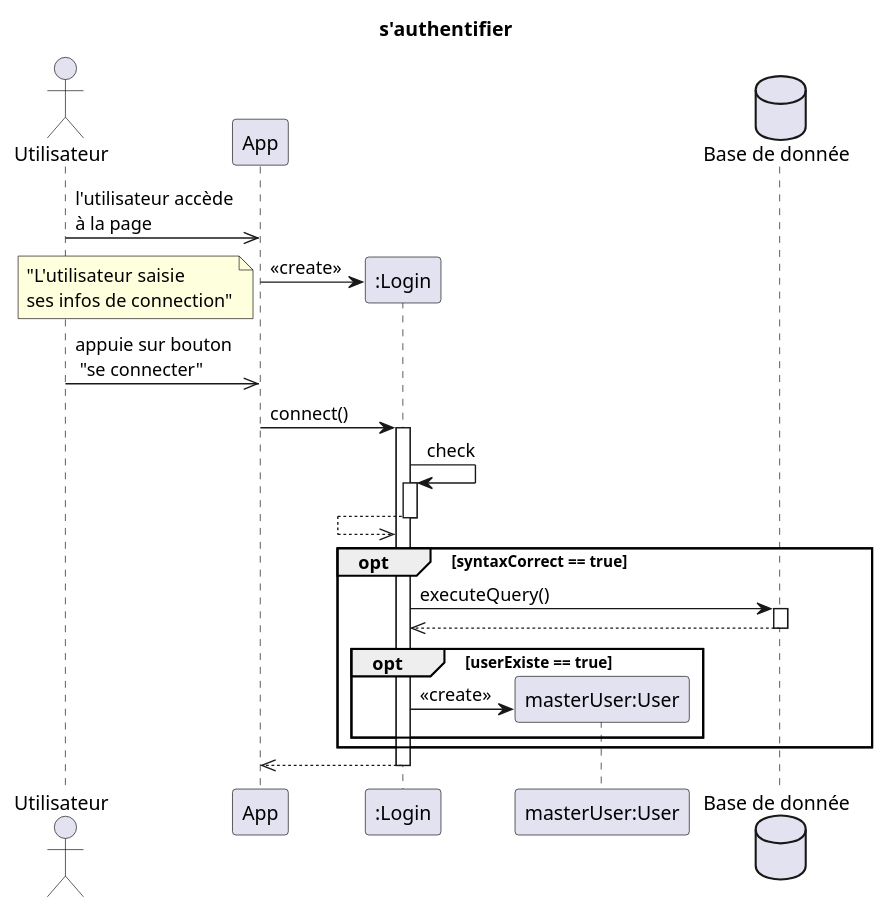
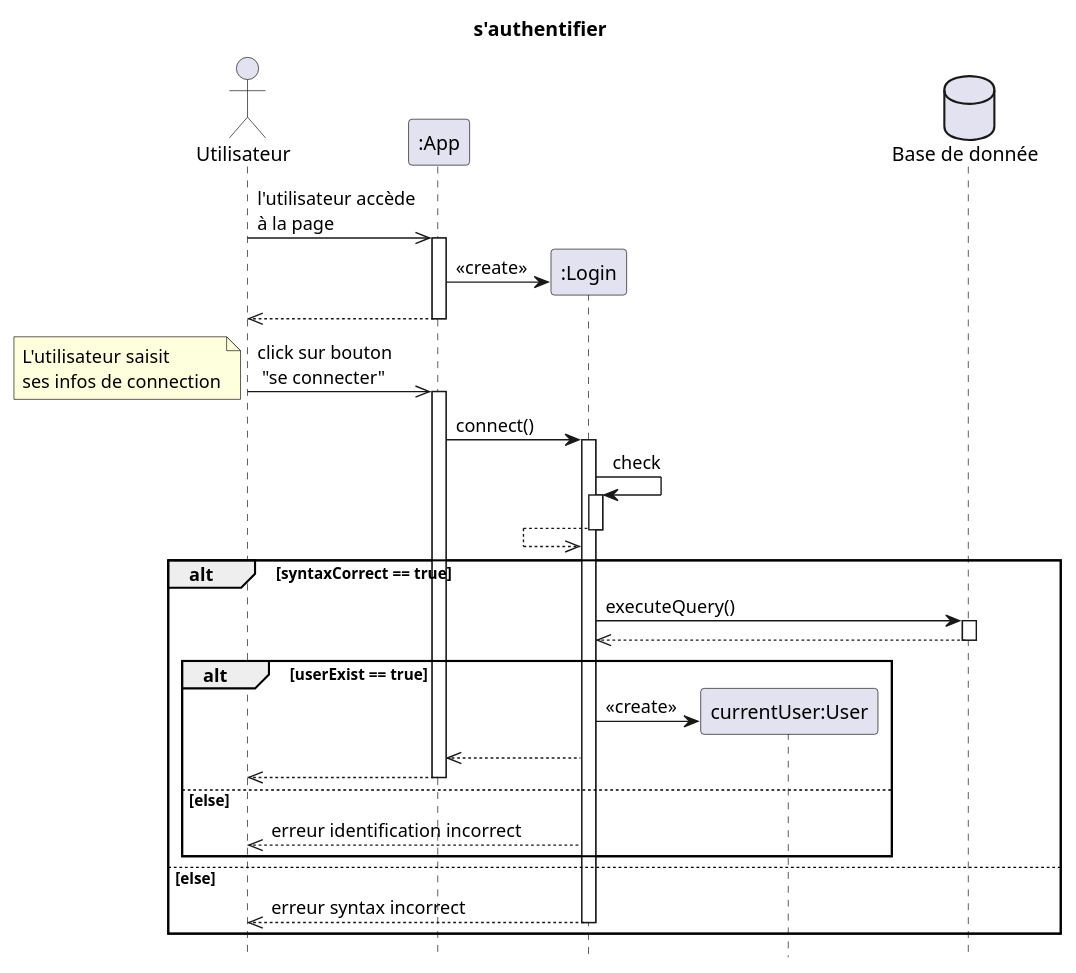
Before and after one commit to dorianleveque/CoHub: the diagram in docs/UML/diagrammes séquence/authentification.puml, drawn with PlantUML. The commit also changed 1 other file, not shown here.

```diff
--- a/docs/UML/diagrammes séquence/authentification.puml
+++ b/docs/UML/diagrammes séquence/authentification.puml
@@ -1,40 +1,51 @@
 @startuml s'authentifier
 title s'authentifier
-
+hide footbox
 actor client as "Utilisateur" order 1
-participant app as "App" order 2
+participant app as ":App" order 2
 database bdd as "Base de donnée" order 5
 
 client ->> app: l'utilisateur accède\nà la page
+activate app
 create login as ":Login" order 3
 app -> login : <<create>>
+client <<-- app
+deactivate app
 
-note left: "L'utilisateur saisie\nses infos de connection"
-client ->> app: appuie sur bouton \n "se connecter"
+client ->> app: click sur bouton \n "se connecter"
+activate app
+note left: L'utilisateur saisit\nses infos de connection
 app -> login: connect()
 activate login
 
 login -> login: check
 activate login
 login <<-- login
 deactivate login
 
-opt syntaxCorrect == true
+alt syntaxCorrect == true
     login -> bdd: executeQuery()
     activate bdd
     login <<-- bdd
     deactivate bdd
     
-    opt userExiste == true 
-        create user as "masterUser:User" order 4
+    alt userExist == true 
+        create user as "currentUser:User" order 4
         login -> user : <<create>>
+        app <<-- login
+        client <<-- app
+        deactivate app
+    else else
+        client <<-- login : erreur identification incorrect
+
     end
+else else
+    client <<-- login : erreur syntax incorrect
+    deactivate login
 end
-app <<-- login
-deactivate login
 
 
 
 
 
 @enduml
```
